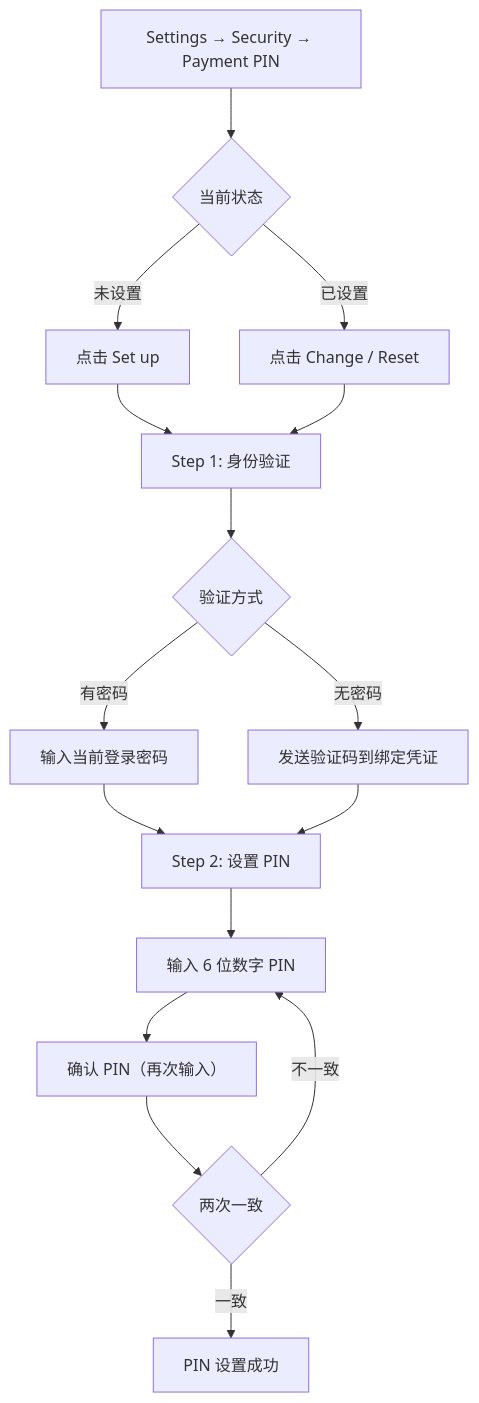
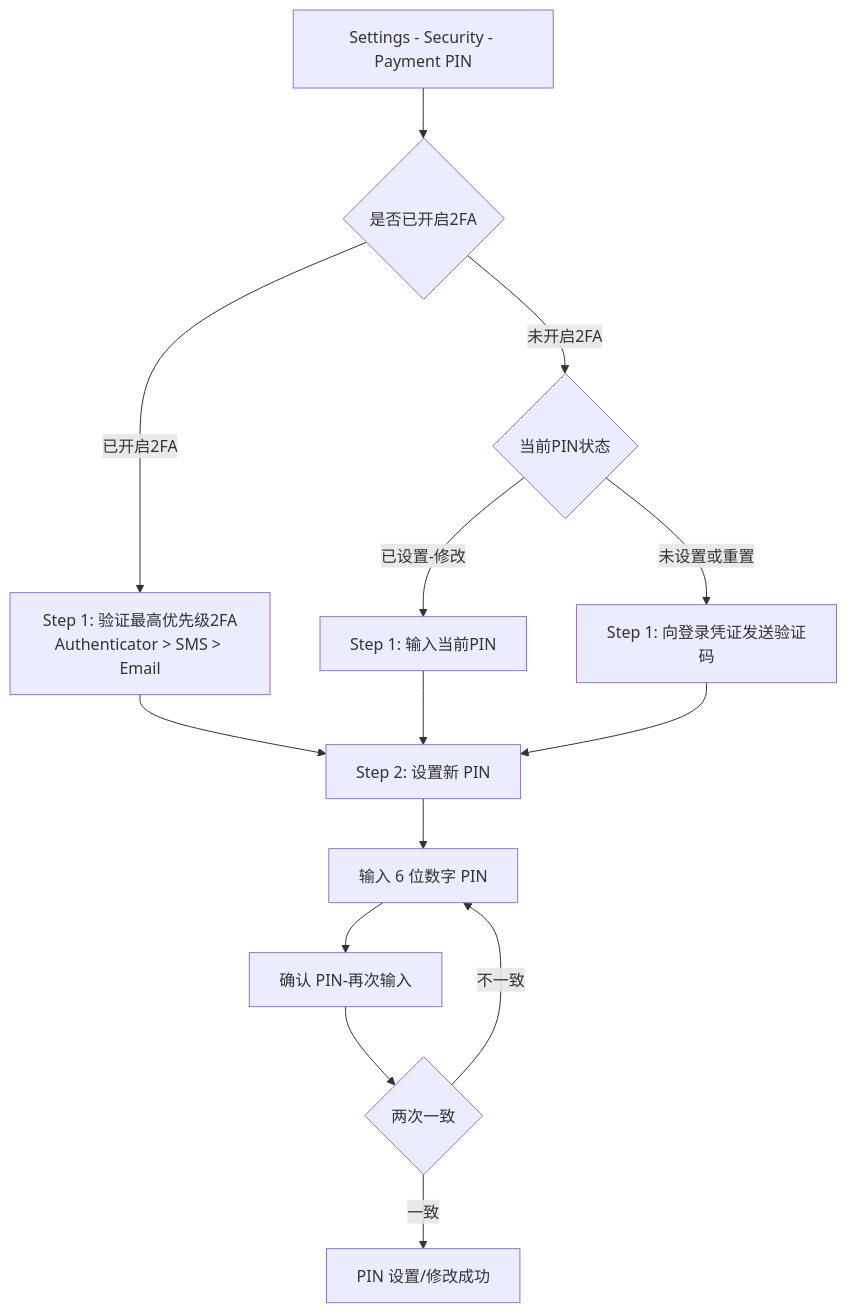
Before and after one commit to xiaoxiaoangie/EX-NEW: diagram 16 of 25 in SigninLogin/prd/MP-register.md, drawn with Mermaid. The commit also changed other lines of this file and 72 other files, not shown here.

````diff
--- a/SigninLogin/prd/MP-register.md
+++ b/SigninLogin/prd/MP-register.md
@@ -655,23 +660,20 @@
 ```mermaid
 flowchart TD
-    A[Settings → Security → Payment PIN] --> B{当前状态}
-  
-    B -->|未设置| C[点击 Set up]
-    B -->|已设置| D[点击 Change / Reset]
-  
-    C --> E[Step 1: 身份验证]
-    D --> E
-  
-    E --> E1{验证方式}
-    E1 -->|有密码| E2[输入当前登录密码]
-    E1 -->|无密码| E3[发送验证码到绑定凭证]
-  
-    E2 --> F[Step 2: 设置 PIN]
-    E3 --> F
-  
+    A[Settings - Security - Payment PIN] --> B{是否已开启2FA}
+
+    B -->|已开启2FA| C[Step 1: 验证最高优先级2FA<br/>Authenticator > SMS > Email]
+    B -->|未开启2FA| D{当前PIN状态}
+
+    D -->|已设置-修改| D1[Step 1: 输入当前PIN]
+    D -->|未设置或重置| D2[Step 1: 向登录凭证发送验证码]
+
+    C --> F[Step 2: 设置新 PIN]
+    D1 --> F
+    D2 --> F
+
     F --> F1[输入 6 位数字 PIN]
-    F1 --> F2[确认 PIN（再次输入）]
+    F1 --> F2[确认 PIN-再次输入]
     F2 --> F3{两次一致}
-    F3 -->|一致| G[PIN 设置成功]
+    F3 -->|一致| G[PIN 设置/修改成功]
     F3 -->|不一致| F1
 ```
````
